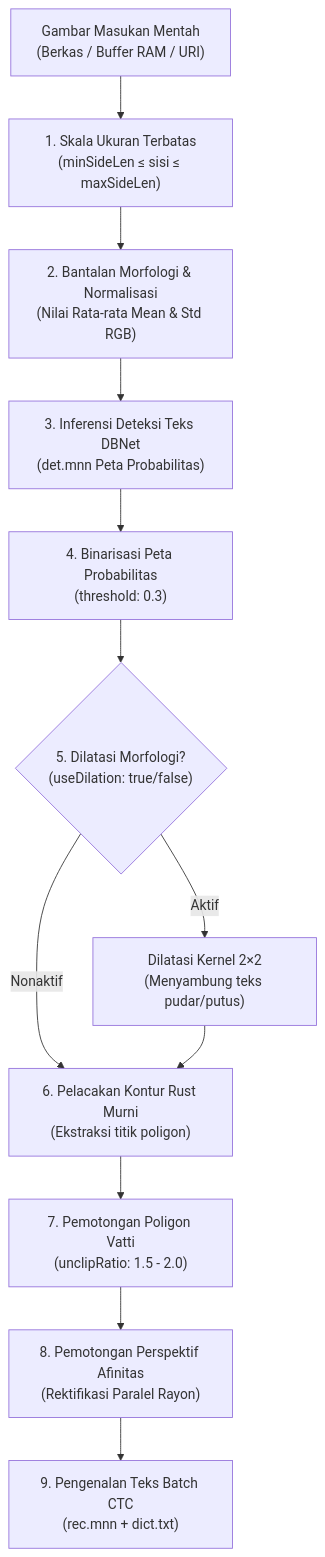
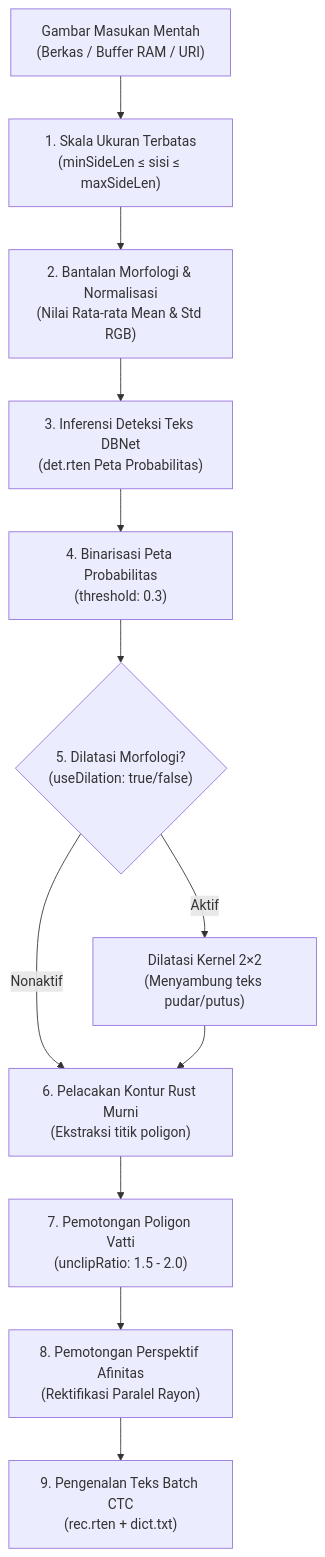
One commit to byrizki/rusto-rs changed the diagram in docs/content/id/03.advance-guide/04.image-preprocessing-and-tuning.md. Above: the diagram before and after it, drawn with Mermaid. The commit also changed 51 other files, not shown here.

````diff
--- a/docs/content/id/03.advance-guide/04.image-preprocessing-and-tuning.md
+++ b/docs/content/id/03.advance-guide/04.image-preprocessing-and-tuning.md
@@ -15,14 +15,14 @@
 ```mermaid
 flowchart TD
     A["Gambar Masukan Mentah<br/>(Berkas / Buffer RAM / URI)"] --> B["1. Skala Ukuran Terbatas<br/>(minSideLen &le; sisi &le; maxSideLen)"]
     B --> C["2. Bantalan Morfologi & Normalisasi<br/>(Nilai Rata-rata Mean & Std RGB)"]
-    C --> D["3. Inferensi Deteksi Teks DBNet<br/>(det.mnn Peta Probabilitas)"]
+    C --> D["3. Inferensi Deteksi Teks DBNet<br/>(det.rten Peta Probabilitas)"]
     D --> E["4. Binarisasi Peta Probabilitas<br/>(threshold: 0.3)"]
     E --> F{"5. Dilatasi Morfologi?<br/>(useDilation: true/false)"}
     F -->|Aktif| G["Dilatasi Kernel 2&times;2<br/>(Menyambung teks pudar/putus)"]
     F -->|Nonaktif| H["6. Pelacakan Kontur Rust Murni<br/>(Ekstraksi titik poligon)"]
     G --> H
     H --> I["7. Pemotongan Poligon Vatti<br/>(unclipRatio: 1.5 - 2.0)"]
     I --> J["8. Pemotongan Perspektif Afinitas<br/>(Rektifikasi Paralel Rayon)"]
-    J --> K["9. Pengenalan Teks Batch CTC<br/>(rec.mnn + dict.txt)"]
+    J --> K["9. Pengenalan Teks Batch CTC<br/>(rec.rten + dict.txt)"]
 ```
````
